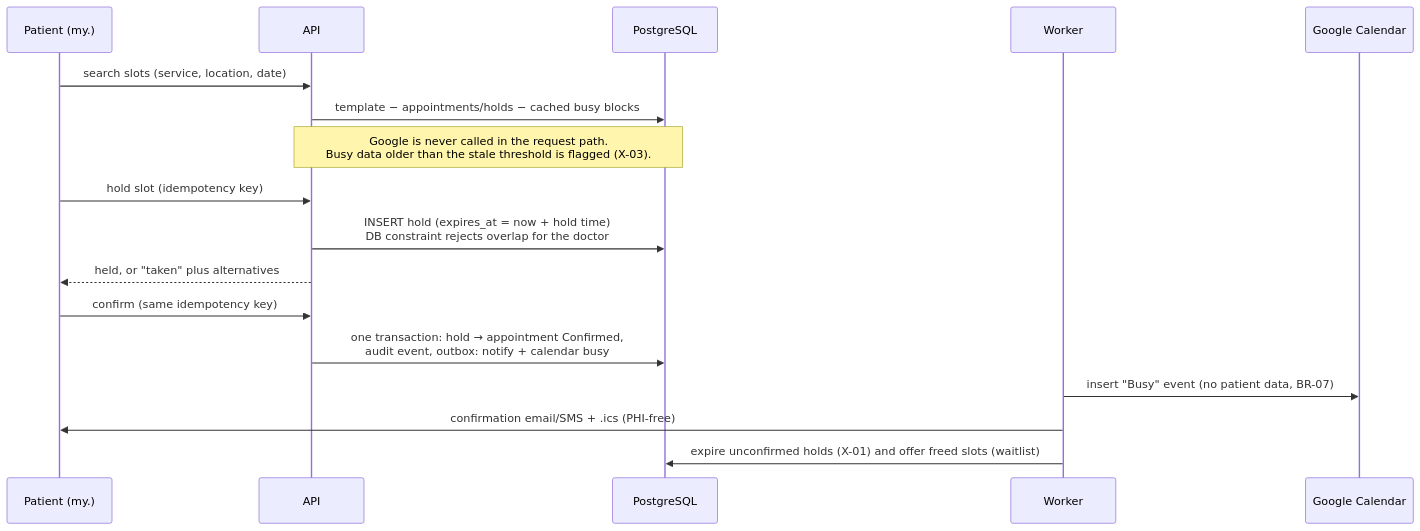
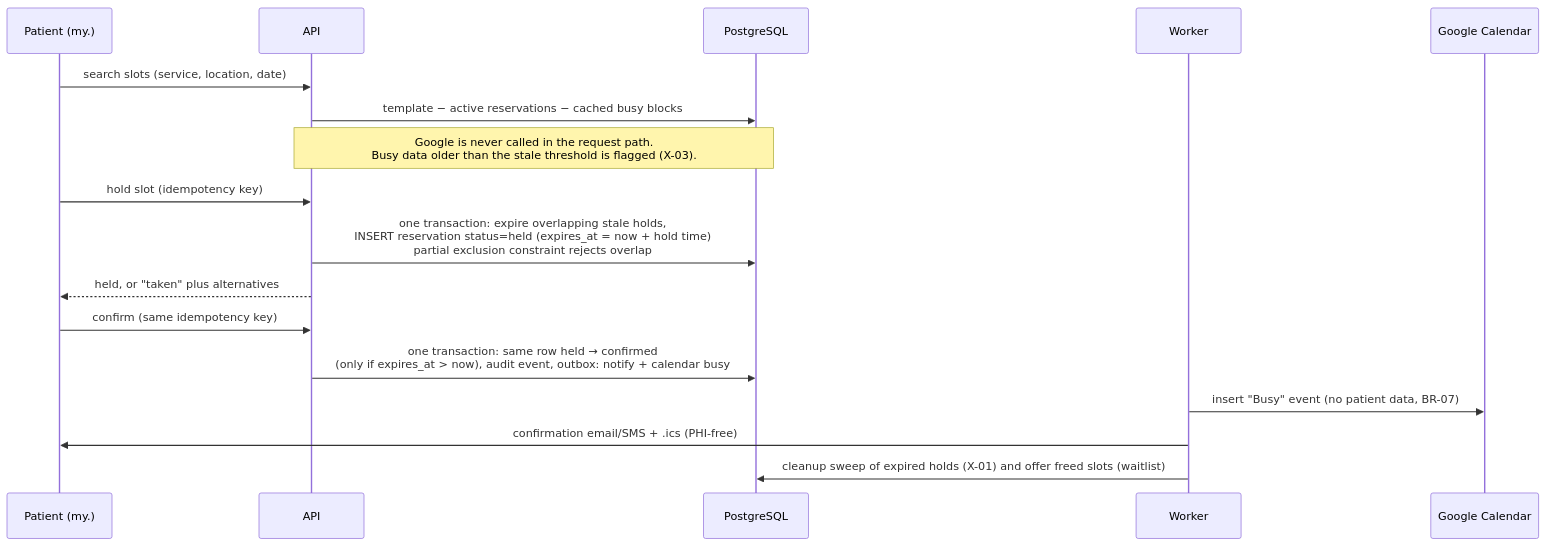
One commit to zainnaeem28/enterprise-app changed the third of 5 diagrams in docs/ARCHITECTURE.md. Above: the diagram before and after it, drawn with Mermaid. The commit also changed other lines of this file, not shown here.

First line of the commit message:
Revise G1 architecture overview to draft 2

````diff
--- a/docs/ARCHITECTURE.md
+++ b/docs/ARCHITECTURE.md
@@ -181,19 +207,19 @@
 ```mermaid
 sequenceDiagram
   participant Pt as Patient (my.)
   participant API
   participant DB as PostgreSQL
   participant W as Worker
   participant G as Google Calendar
   Pt->>API: search slots (service, location, date)
-  API->>DB: template − appointments/holds − cached busy blocks
+  API->>DB: template − active reservations − cached busy blocks
   Note over API,DB: Google is never called in the request path.<br/>Busy data older than the stale threshold is flagged (X-03).
   Pt->>API: hold slot (idempotency key)
-  API->>DB: INSERT hold (expires_at = now + hold time)<br/>DB constraint rejects overlap for the doctor
+  API->>DB: one transaction: expire overlapping stale holds,<br/>INSERT reservation status=held (expires_at = now + hold time)<br/>partial exclusion constraint rejects overlap
   API-->>Pt: held, or "taken" plus alternatives
   Pt->>API: confirm (same idempotency key)
-  API->>DB: one transaction: hold → appointment Confirmed,<br/>audit event, outbox: notify + calendar busy
+  API->>DB: one transaction: same row held → confirmed<br/>(only if expires_at > now), audit event, outbox: notify + calendar busy
   W->>G: insert "Busy" event (no patient data, BR-07)
   W->>Pt: confirmation email/SMS + .ics (PHI-free)
-  W->>DB: expire unconfirmed holds (X-01) and offer freed slots (waitlist)
+  W->>DB: cleanup sweep of expired holds (X-01) and offer freed slots (waitlist)
 ```
````
